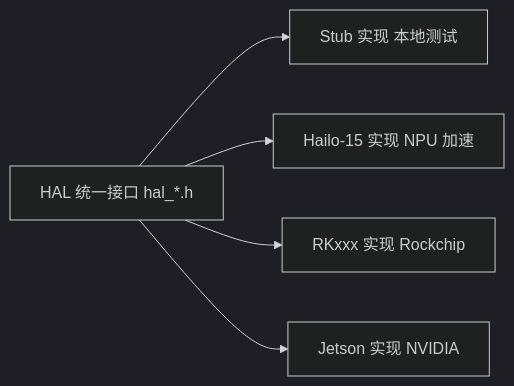
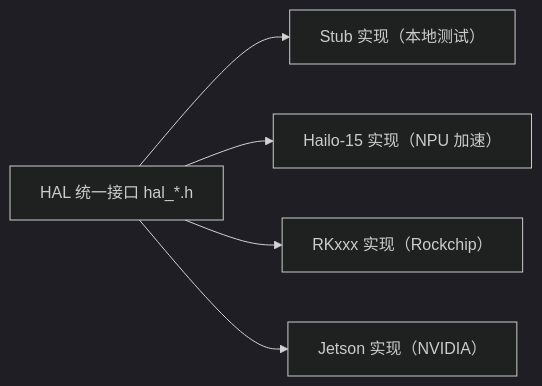
The third of 4 diagrams in docs/6-neoeyes-ne503-series/3-software-guide/0-system-architecture.md (luommy/wiki-documents), drawn with Mermaid (dark theme) before and after one commit. The commit also changed other lines of this file and 100 other files, not shown here.

````diff
--- a/docs/6-neoeyes-ne503-series/3-software-guide/0-system-architecture.md
+++ b/docs/6-neoeyes-ne503-series/3-software-guide/0-system-architecture.md
@@ -115,7 +140,7 @@
 ```mermaid
 graph LR
-    HAL_API[HAL 统一接口 hal_*.h] --> STUB[Stub 实现 本地测试]
-    HAL_API --> HAILO[Hailo-15 实现 NPU 加速]
-    HAL_API --> RK[RKxxx 实现 Rockchip]
-    HAL_API --> JETSON[Jetson 实现 NVIDIA]
+    HAL_API["HAL 统一接口 hal_*.h"] --> STUB["Stub 实现（本地测试）"]
+    HAL_API --> HAILO["Hailo-15 实现（NPU 加速）"]
+    HAL_API --> RK["RKxxx 实现（Rockchip）"]
+    HAL_API --> JETSON["Jetson 实现（NVIDIA）"]
 ```
````
